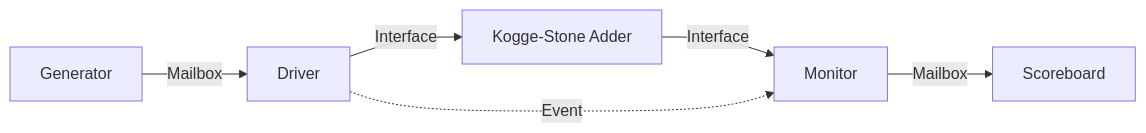
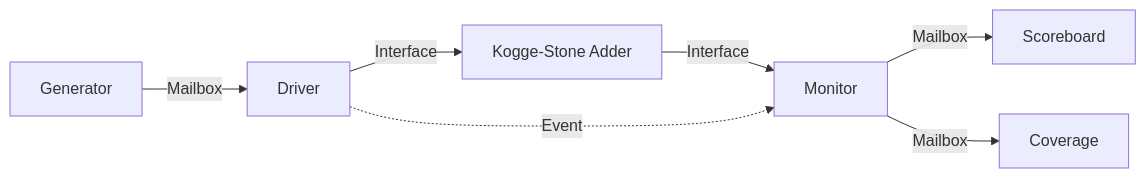
The diagram in README.md (Itachi3627/SystemVerilog-Kogge-Stone-Adder), drawn with Mermaid before and after one commit. The commit also changed other lines of this file, not shown here.

````diff
--- a/README.md
+++ b/README.md
@@ -45,8 +49,9 @@
 ```mermaid
 graph LR
     GEN[Generator] -- Mailbox --> DRV[Driver]
     DRV -- Interface --> DUT[Kogge-Stone Adder]
     DUT -- Interface --> MON[Monitor]
     MON -- Mailbox --> SCB[Scoreboard]
+    MON -- Mailbox --> COV[Coverage]
     DRV -. Event .-> MON
 ```
````
